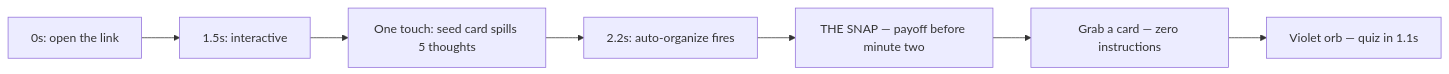
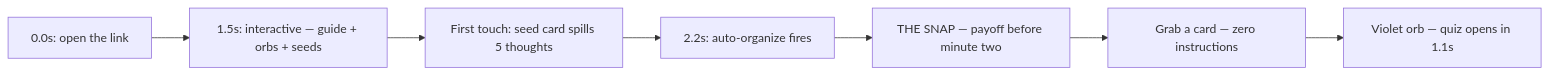
The fifth of 10 diagrams in COMPETITION_STRATEGY.md (0xv3nm09/loci-memory-bank), drawn with Mermaid before and after one commit. The commit also changed other lines of this file, not shown here.

First line of the commit message:
COMPETITION_STRATEGY.md: full technical rewrite with complex mermaid diagrams

````diff
--- a/COMPETITION_STRATEGY.md
+++ b/COMPETITION_STRATEGY.md
@@ -113,9 +216,9 @@
 ```mermaid
 flowchart LR
-  A["0s: open the link"] --> B["1.5s: interactive"]
-  B --> C["One touch: seed card spills 5 thoughts"]
+  A["0.0s: open the link"] --> B["1.5s: interactive — guide + orbs + seeds"]
+  B --> C["First touch: seed card spills 5 thoughts"]
   C --> D["2.2s: auto-organize fires"]
   D --> E["THE SNAP — payoff before minute two"]
   E --> F["Grab a card — zero instructions"]
-  F --> G["Violet orb — quiz in 1.1s"]
+  F --> G["Violet orb — quiz opens in 1.1s"]
 ```
````
